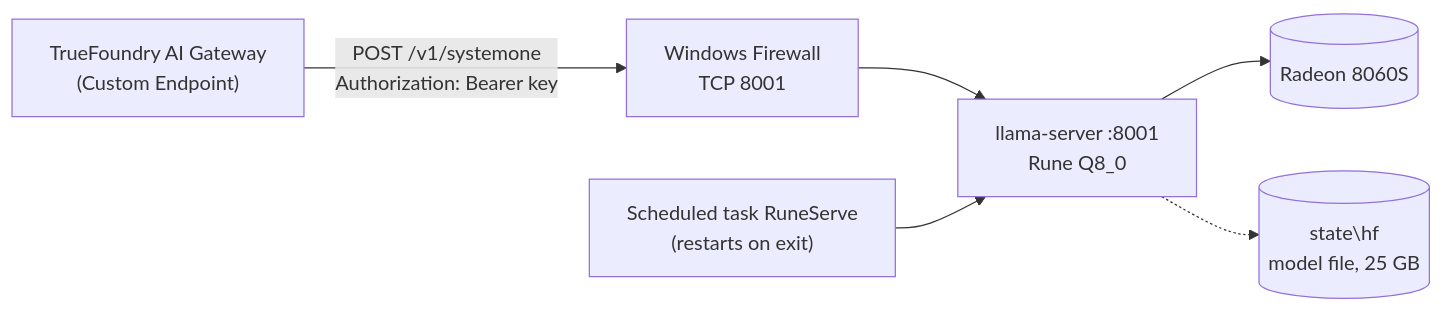
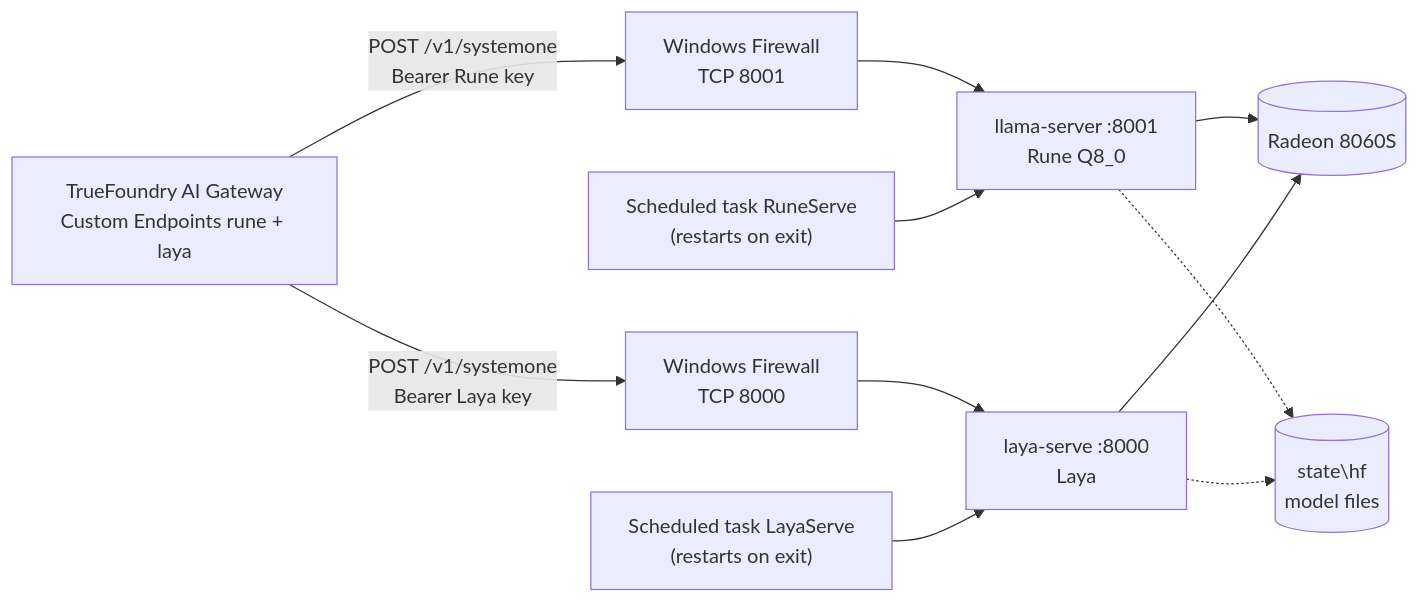
The diagram in docs/IT-HANDOFF.md (skiingfalcon/local-decision-model-halo), drawn with Mermaid before and after one commit. The commit also changed other lines of this file and 7 other files, not shown here.

First line of the commit message:
Turn off Rune's /metrics and document registering Rune and Laya with TrueFoundry

````diff
--- a/docs/IT-HANDOFF.md
+++ b/docs/IT-HANDOFF.md
@@ -48,8 +57,13 @@
 ```mermaid
 flowchart LR
-    tfy["TrueFoundry AI Gateway<br/>(Custom Endpoint)"] -- "POST /v1/systemone<br/>Authorization: Bearer key" --> fw["Windows Firewall<br/>TCP 8001"]
-    fw --> rune["llama-server :8001<br/>Rune Q8_0"]
-    task["Scheduled task RuneServe<br/>(restarts on exit)"] --> rune
+    tfy["TrueFoundry AI Gateway<br/>Custom Endpoints rune + laya"] -- "POST /v1/systemone<br/>Bearer Rune key" --> fw1["Windows Firewall<br/>TCP 8001"]
+    tfy -- "POST /v1/systemone<br/>Bearer Laya key" --> fw2["Windows Firewall<br/>TCP 8000"]
+    fw1 --> rune["llama-server :8001<br/>Rune Q8_0"]
+    fw2 --> laya["laya-serve :8000<br/>Laya"]
+    task1["Scheduled task RuneServe<br/>(restarts on exit)"] --> rune
+    task2["Scheduled task LayaServe<br/>(restarts on exit)"] --> laya
     rune --> gpu[("Radeon 8060S")]
-    rune -.-> disk[("state\hf<br/>model file, 25 GB")]
+    laya --> gpu
+    rune -.-> disk[("state\hf<br/>model files")]
+    laya -.-> disk
 ```
````
